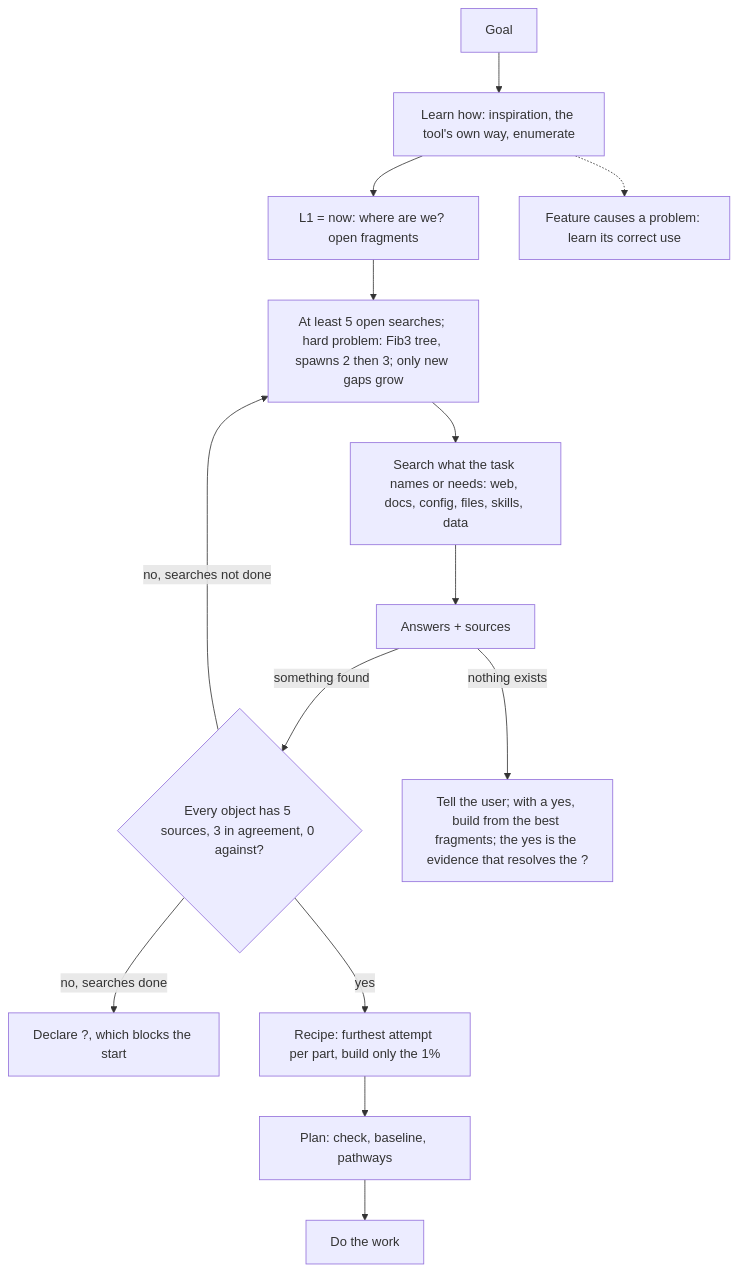
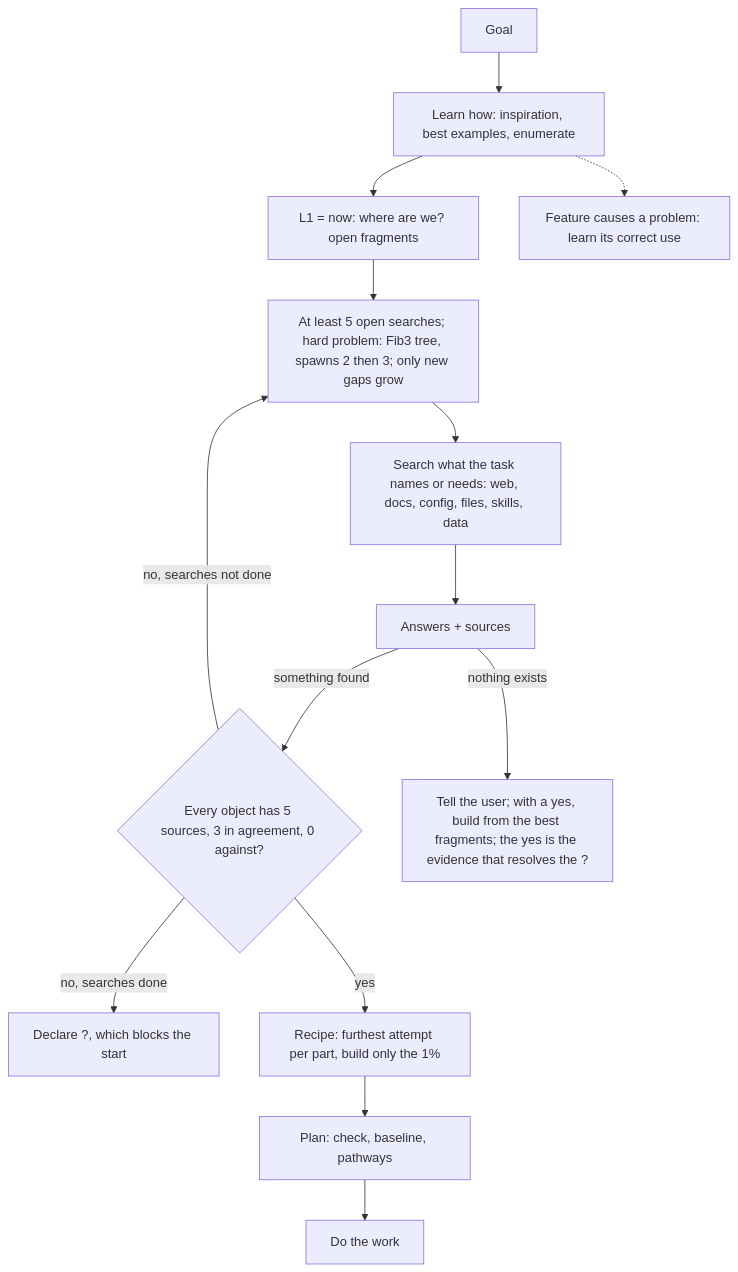
The fourth of 14 diagrams in AGENTS.md (SolenixAI/arbiter), drawn with Mermaid before and after one commit. The commit also changed other lines of this file, not shown here.

````diff
--- a/AGENTS.md
+++ b/AGENTS.md
@@ -184,10 +183,10 @@
 ```mermaid
 flowchart TD
-  G[Goal] --> L[Learn how: inspiration, the tool's own way, enumerate] --> F1["L1 = now: where are we? open fragments"] --> Q["At least 5 open searches; hard problem: Fib3 tree, spawns 2 then 3; only new gaps grow"] --> S[Search what the task names or needs: web, docs, config, files, skills, data]
+  G[Goal] --> L[Learn how: inspiration, best examples, enumerate] --> F1["L1 = now: where are we? open fragments"] --> Q["At least 5 open searches; hard problem: Fib3 tree, spawns 2 then 3; only new gaps grow"] --> S[Search what the task names or needs: web, docs, config, files, skills, data]
   S --> A[Answers + sources] -->|something found| N{Every object has 5 sources, 3 in agreement, 0 against?}
   N -->|no, searches not done| Q
   N -->|no, searches done| X3["Declare ?, which blocks the start"]
   N -->|yes| R[Recipe: furthest attempt per part, build only the 1%] --> P[Plan: check, baseline, pathways] --> B[Do the work]
   A -->|nothing exists| U["Tell the user; with a yes, build from the best fragments; the yes is the evidence that resolves the ?"]
   L -.-> NB[Feature causes a problem: learn its correct use]
 ```
````
